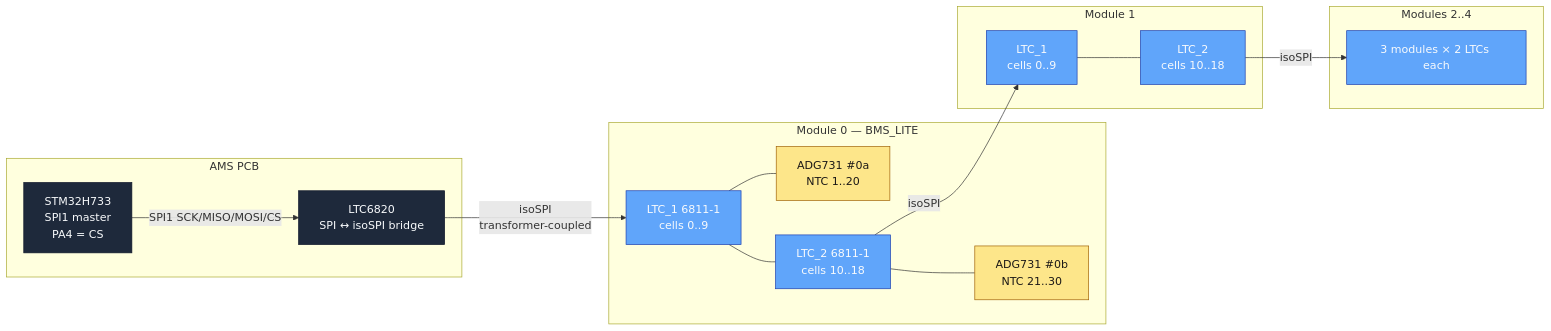
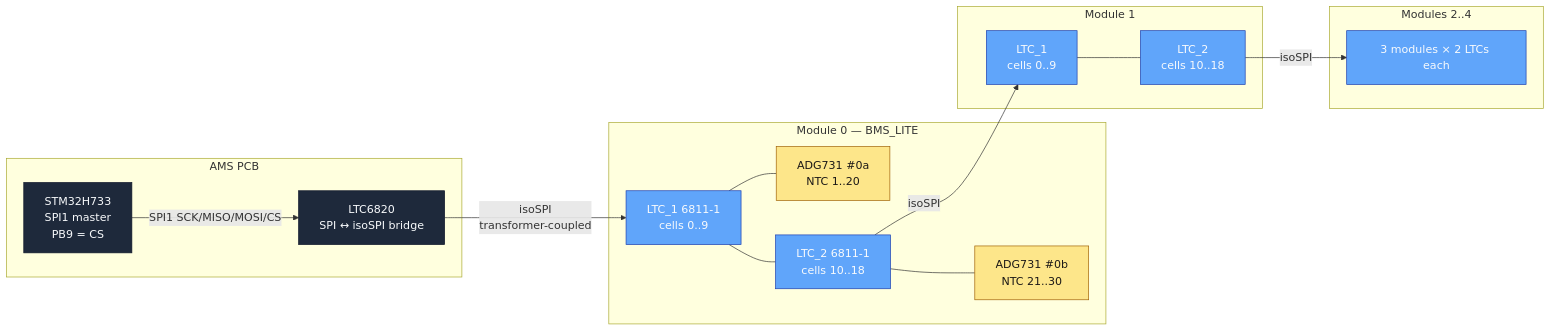
The first of 3 diagrams in docs/BMS_LTC6811.md (isc-fs/IFS08-CE-AMS), drawn with Mermaid before and after one commit. The commit also changed other lines of this file and 15 other files, not shown here.

````diff
--- a/docs/BMS_LTC6811.md
+++ b/docs/BMS_LTC6811.md
@@ -31,39 +31,39 @@
 ```mermaid
 flowchart LR
     subgraph AMS_PCB[AMS PCB]
-        MCU[STM32H733<br/>SPI1 master<br/>PA4 = CS]
+        MCU[STM32H733<br/>SPI1 master<br/>PB9 = CS]
         LTC6820[LTC6820<br/>SPI ↔ isoSPI bridge]
         MCU -- SPI1 SCK/MISO/MOSI/CS --> LTC6820
     end
 
     subgraph M0[Module 0 — BMS_LITE]
         LTC0a[LTC_1 6811-1<br/>cells 0..9]
         MUX0a[ADG731 #0a<br/>NTC 1..20]
         LTC0a --- MUX0a
         LTC0b[LTC_2 6811-1<br/>cells 10..18]
         MUX0b[ADG731 #0b<br/>NTC 21..30]
         LTC0b --- MUX0b
         LTC0a --- LTC0b
     end
 
     subgraph M1[Module 1]
         LTC1a[LTC_1<br/>cells 0..9]
         LTC1b[LTC_2<br/>cells 10..18]
         LTC1a --- LTC1b
     end
 
     subgraph Mx[Modules 2..4]
         Mod234[3 modules × 2 LTCs each]
     end
 
     LTC6820 -- "isoSPI<br/>transformer-coupled" --> LTC0a
     LTC0b -- "isoSPI" --> LTC1a
     LTC1b -- "isoSPI" --> Mod234
 
     classDef hw    fill:#1e293b,stroke:#0f172a,color:#f8fafc
     classDef ltc   fill:#60a5fa,stroke:#1e40af,color:#f8fafc
     classDef mux   fill:#fde68a,stroke:#a16207,color:#1c1917
     class MCU,LTC6820 hw
     class LTC0a,LTC0b,LTC1a,LTC1b,Mod234 ltc
     class MUX0a,MUX0b mux
 ```
````
